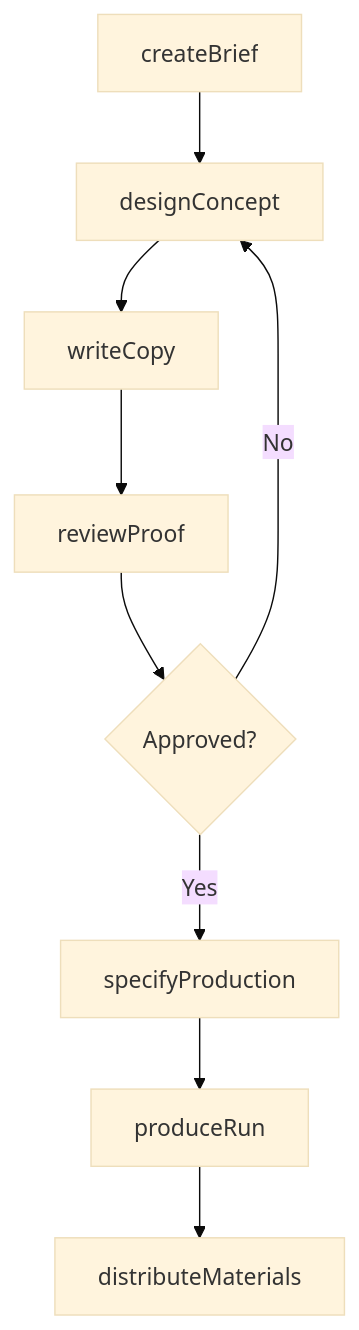
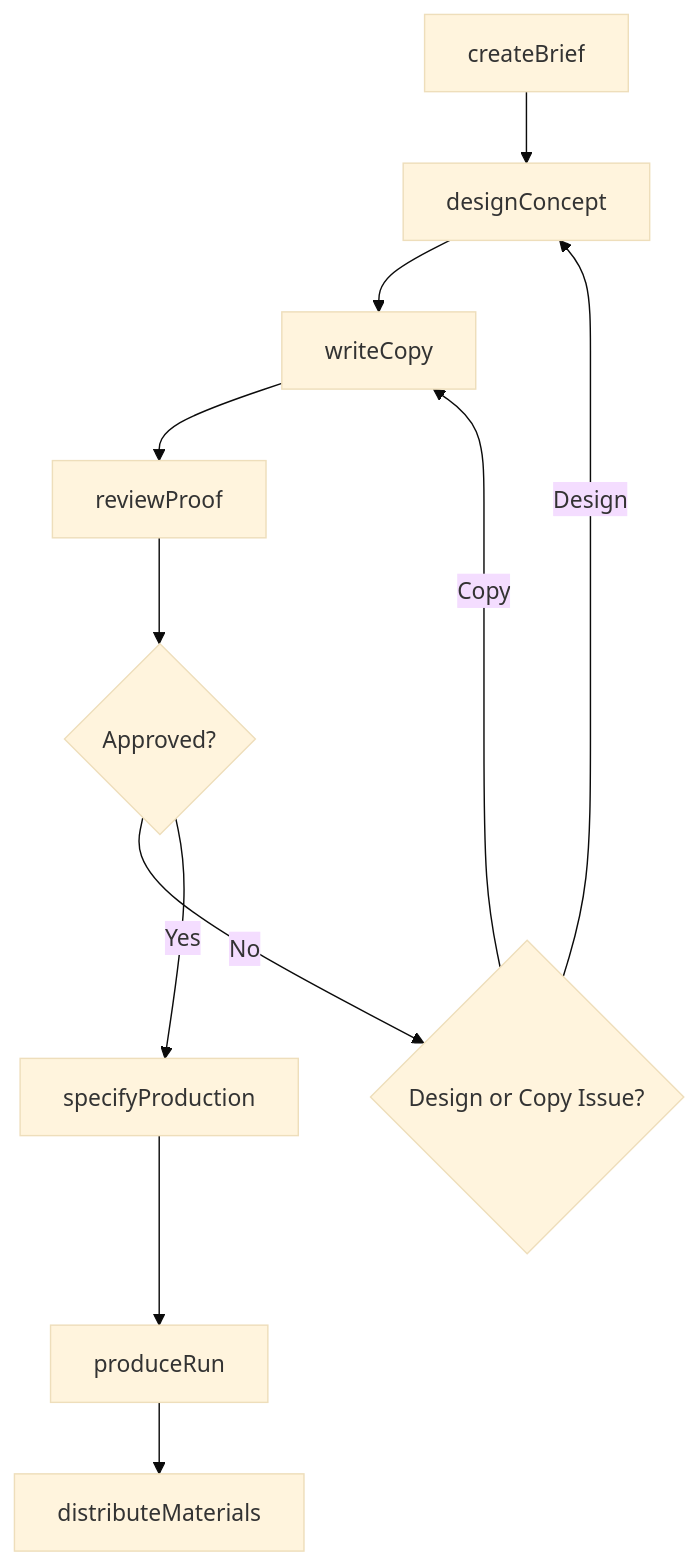
Before and after one commit to dot-org-ai/tasks.org.ai: the third of 4 diagrams in ThinkingCreatively/DevelopMarketingOrPromotionalMaterials/DevelopPromotionalMaterials.mdx, drawn with Mermaid (base theme). The commit also changed other lines of this file and 504 other files, not shown here.

First line of the commit message:
feat: Add ER diagrams, state diagrams, and workflow improvements to 96 DWA task files

````diff
--- a/ThinkingCreatively/DevelopMarketingOrPromotionalMaterials/DevelopPromotionalMaterials.mdx
+++ b/ThinkingCreatively/DevelopMarketingOrPromotionalMaterials/DevelopPromotionalMaterials.mdx
@@ -89,11 +119,13 @@
 ```mermaid
 graph TD
     A[createBrief] --> B[designConcept]
     B --> C[writeCopy]
     C --> D[reviewProof]
     D --> E{Approved?}
-    E -->|No| B
-    E -->|Yes| F[specifyProduction]
-    F --> G[produceRun]
-    G --> H[distributeMaterials]
+    E -->|No| F{Design or Copy Issue?}
+    F -->|Design| B
+    F -->|Copy| C
+    E -->|Yes| G[specifyProduction]
+    G --> H[produceRun]
+    H --> I[distributeMaterials]
 ```
````
